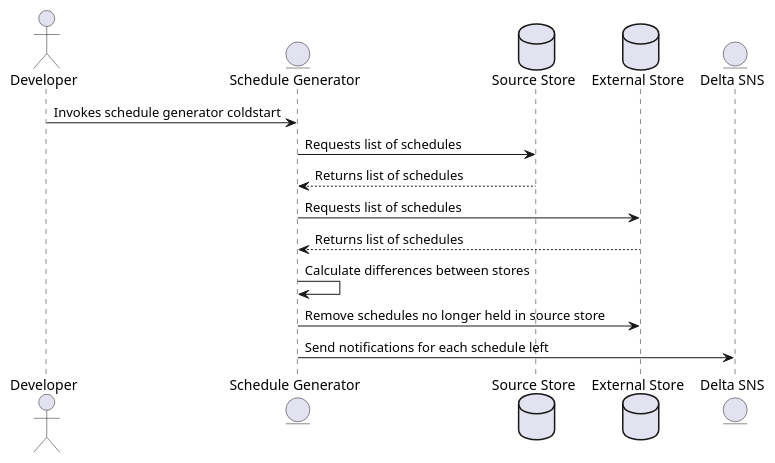
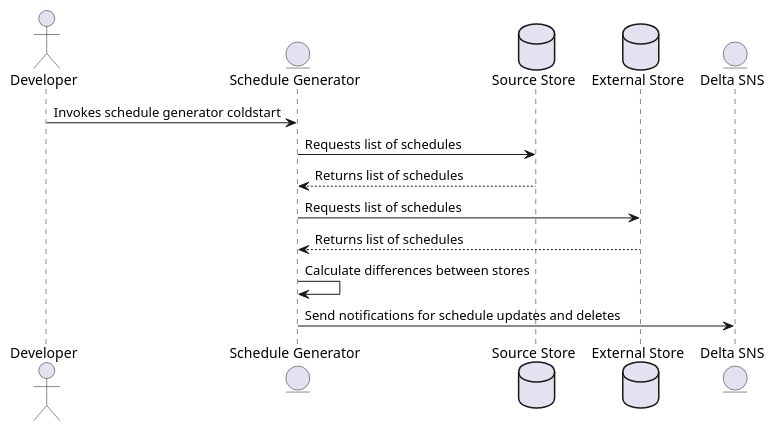
Before and after one commit to OMBowkerBBC/DC4400-Report: the diagram in diagrams/sequence/finalColdstart.puml, drawn with PlantUML. The commit also changed 4 other files, not shown here.

```diff
--- a/diagrams/sequence/finalColdstart.puml
+++ b/diagrams/sequence/finalColdstart.puml
@@ -1,17 +1,16 @@
 @startuml Final Coldstart
 actor Developer as dev
 entity "Schedule Generator" as sg
 database "Source Store" as sm
 database "External Store" as bsd
 entity "Delta SNS" as sns
 
 dev -> sg : Invokes schedule generator coldstart
 sg -> sm  : Requests list of schedules
 sg <-- sm : Returns list of schedules
 sg -> bsd  : Requests list of schedules
 sg <-- bsd : Returns list of schedules
 sg -> sg : Calculate differences between stores
-sg -> bsd : Remove schedules no longer held in source store
-sg -> sns : Send notifications for each schedule left
+sg -> sns : Send notifications for schedule updates and deletes
 
 @enduml
```
